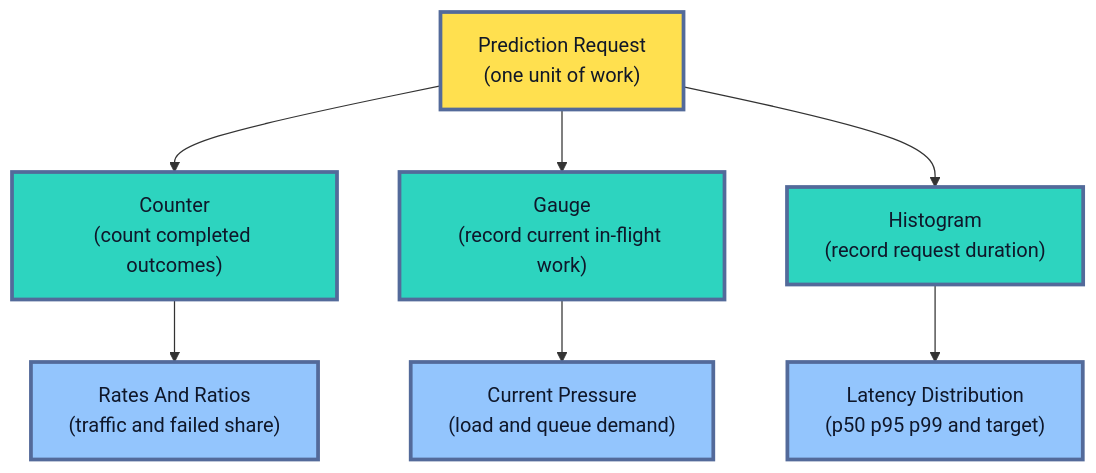
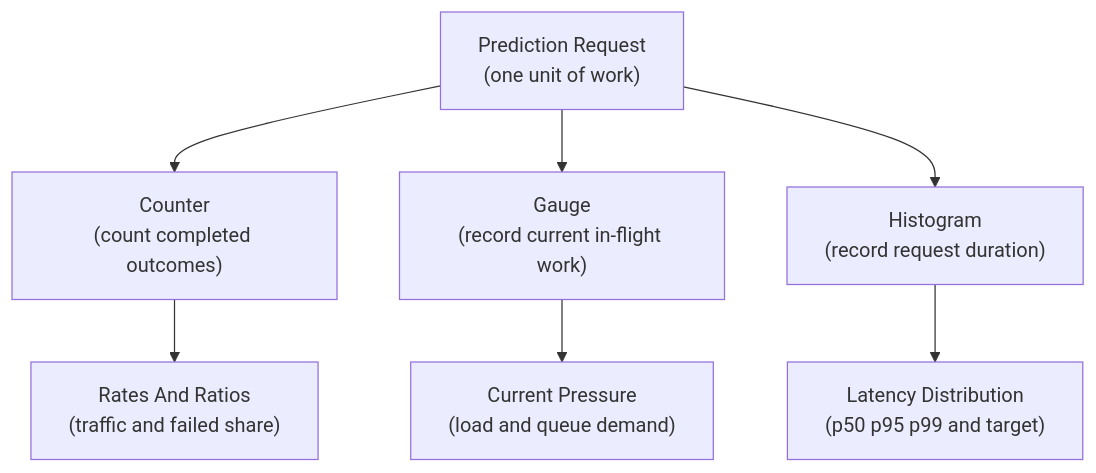
One commit to senlinyy/dev-roadmaps changed the third of 11 diagrams in roadmaps/mlops/modules/monitoring-and-feedback/system-observability/01-monitoring-latency-errors-resources.md. Above: the diagram before and after it, drawn with Mermaid. The commit also changed other lines of this file and 152 other files, not shown here.

Commit message:
feat: mlops and diagrams updated

````diff
--- a/roadmaps/mlops/modules/monitoring-and-feedback/system-observability/01-monitoring-latency-errors-resources.md
+++ b/roadmaps/mlops/modules/monitoring-and-feedback/system-observability/01-monitoring-latency-errors-resources.md
@@ -127,16 +120,13 @@
 ```mermaid
 flowchart TD
     A["Prediction Request<br/>(one unit of work)"] --> B["Counter<br/>(count completed outcomes)"]
     A --> C["Gauge<br/>(record current in-flight work)"]
     A --> D["Histogram<br/>(record request duration)"]
     B --> E["Rates And Ratios<br/>(traffic and failed share)"]
     C --> F["Current Pressure<br/>(load and queue demand)"]
     D --> G["Latency Distribution<br/>(p50 p95 p99 and target)"]
 
-    classDef request fill:#FFE04F,stroke:#536A9A,stroke-width:3px,color:#111827
-    classDef instrument fill:#2DD4BF,stroke:#536A9A,stroke-width:3px,color:#0F172A
-    classDef answer fill:#93C5FD,stroke:#536A9A,stroke-width:3px,color:#0F172A
     class A request
     class B,C,D instrument
     class E,F,G answer
 ```
````
